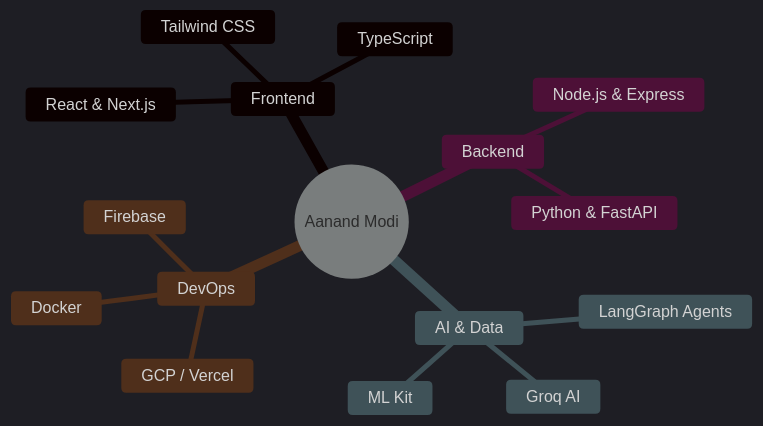
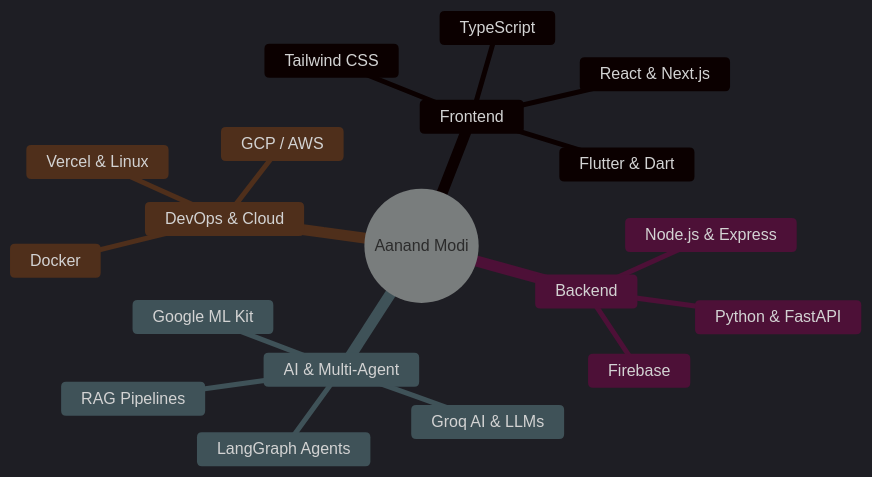
Before and after one commit to aanandmodi/aanandmodi: the diagram in README.md, drawn with Mermaid. The commit also changed other lines of this file, not shown here.

Commit message:
Redesign README.md with neon dark palette, detailed bento project grid, hackathon timeline, publications, and dev specs

````diff
--- a/README.md
+++ b/README.md
@@ -61,20 +57,23 @@
 ```mermaid
-%%{init: {'theme':'dark', 'themeVariables': { 'primaryColor': '#9680C2', 'primaryTextColor': '#ffffff', 'primaryBorderColor': '#5A9E82', 'lineColor': '#ffffff', 'tertiaryColor': '#1a1b26'}}}%%
+%%{init: {'theme':'dark', 'themeVariables': { 'primaryColor': '#7A11FF', 'primaryTextColor': '#ffffff', 'primaryBorderColor': '#00F5FF', 'lineColor': '#FE026C', 'tertiaryColor': '#0d0e15'}}}%%
 mindmap
   root((Aanand Modi))
     Frontend
       React & Next.js
       TypeScript
       Tailwind CSS
+      Flutter & Dart
     Backend
       Node.js & Express
       Python & FastAPI
-    AI & Data
+      Firebase
+    AI & Multi-Agent
       LangGraph Agents
-      Groq AI
-      ML Kit
-    DevOps
+      RAG Pipelines
+      Groq AI & LLMs
+      Google ML Kit
+    DevOps & Cloud
       Docker
-      Firebase
-      GCP / Vercel
+      GCP / AWS
+      Vercel & Linux
 ```
````
